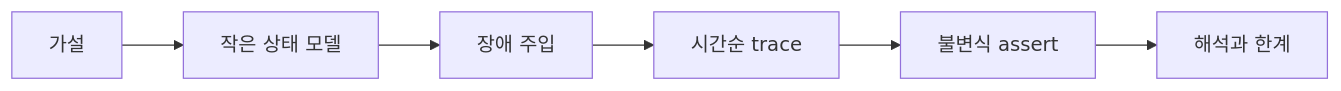
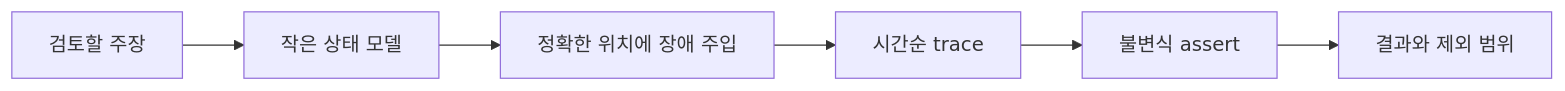
One commit to mj006648/netai-devsecops-runbook changed the diagram in learning/distributed-systems/13-local-models-and-fault-scenarios.md. Above: the diagram before and after it, drawn with Mermaid. The commit also changed other lines of this file and 24 other files, not shown here.

````diff
--- a/learning/distributed-systems/13-local-models-and-fault-scenarios.md
+++ b/learning/distributed-systems/13-local-models-and-fault-scenarios.md
@@ -82,8 +9,8 @@
 ```mermaid
 flowchart LR
- H[가설] --> M[작은 상태 모델]
- M --> F[장애 주입]
+ H[검토할 주장] --> M[작은 상태 모델]
+ M --> F[정확한 위치에 장애 주입]
  F --> T[시간순 trace]
  T --> A[불변식 assert]
- A --> R[해석과 한계]
+ A --> R[결과와 제외 범위]
 ```
````
